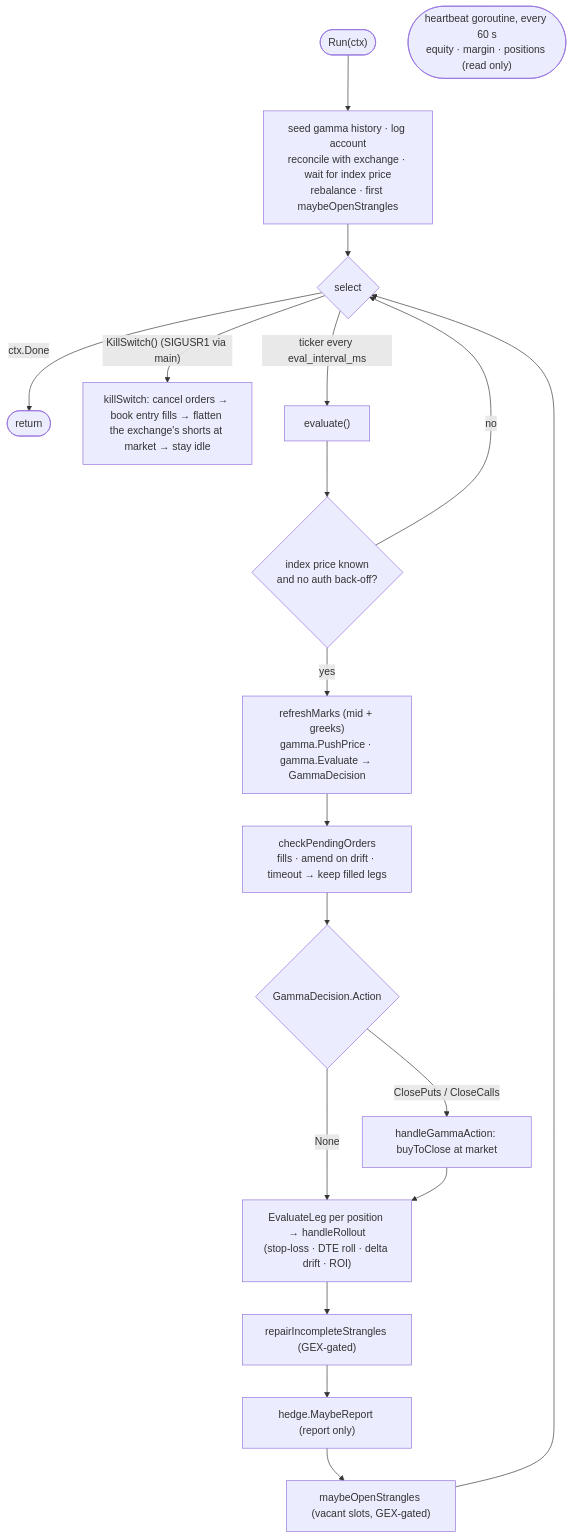
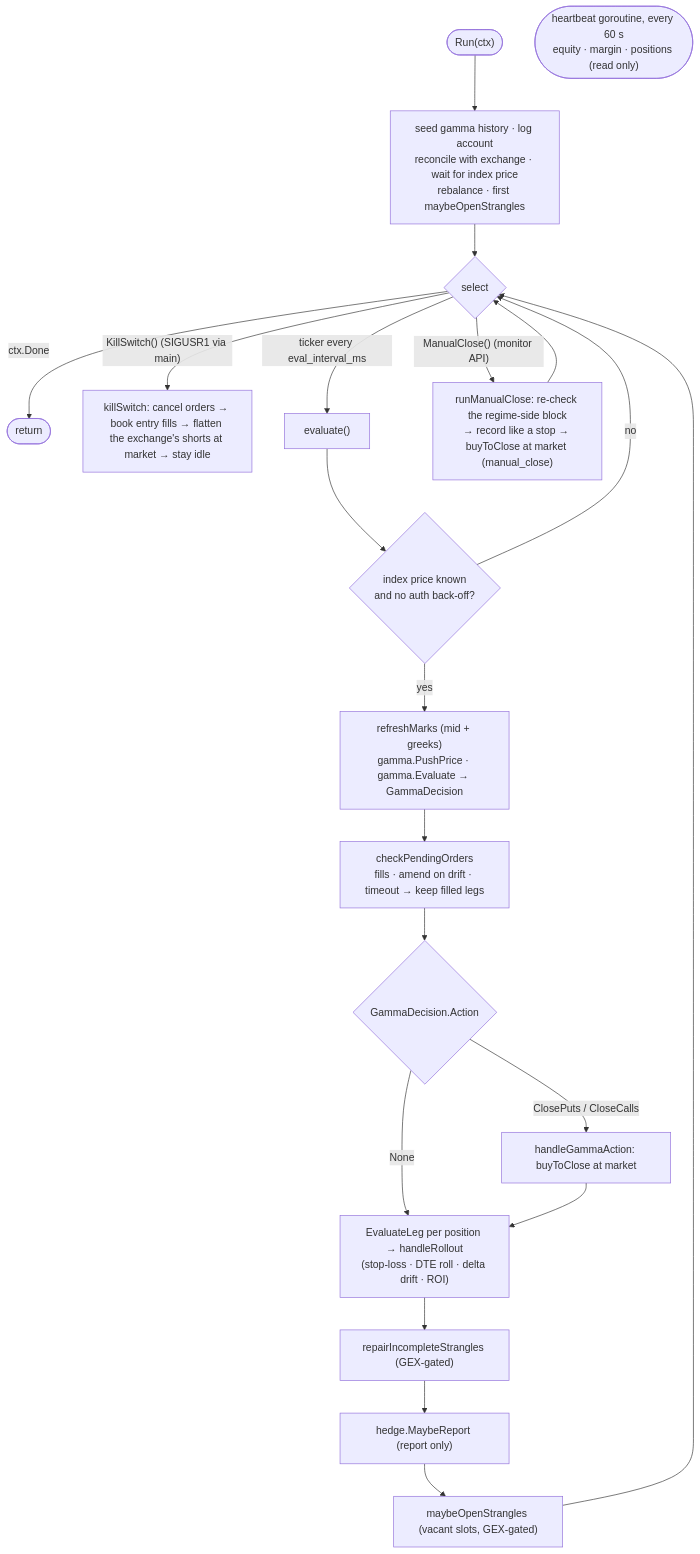
The diagram in docs/strategy_eventloop.mmd (rchau73/optionsBot), drawn with Mermaid before and after one commit. The commit also changed 24 other files, not shown here.

```diff
--- a/docs/strategy_eventloop.mmd
+++ b/docs/strategy_eventloop.mmd
@@ -1,19 +1,21 @@
 flowchart TD
     A(["Run(ctx)"]) --> B["seed gamma history · log account<br/>reconcile with exchange · wait for index price<br/>rebalance · first maybeOpenStrangles"]
     B --> C{"select"}
     C -- "ctx.Done" --> Z(["return"])
     C -- "KillSwitch() (SIGUSR1 via main)" --> K["killSwitch: cancel orders → book entry fills → flatten the exchange's shorts at market → stay idle"]
     C -- "ticker every eval_interval_ms" --> E["evaluate()"]
+    C -- "ManualClose() (monitor API)" --> M["runManualClose: re-check the regime-side block<br/>→ record like a stop → buyToClose at market (manual_close)"]
+    M --> C
     E --> E1{"index price known<br/>and no auth back-off?"}
     E1 -- "no" --> C
     E1 -- "yes" --> E2["refreshMarks (mid + greeks)<br/>gamma.PushPrice · gamma.Evaluate → GammaDecision"]
     E2 --> E3["checkPendingOrders<br/>fills · amend on drift · timeout → keep filled legs"]
     E3 --> E4{"GammaDecision.Action"}
     E4 -- "ClosePuts / CloseCalls" --> E5["handleGammaAction: buyToClose at market"]
     E4 -- "None" --> E6
     E5 --> E6["EvaluateLeg per position → handleRollout<br/>(stop-loss · DTE roll · delta drift · ROI)"]
     E6 --> E7["repairIncompleteStrangles (GEX-gated)"]
     E7 --> E8["hedge.MaybeReport (report only)"]
     E8 --> E9["maybeOpenStrangles (vacant slots, GEX-gated)"]
     E9 --> C
     H(["heartbeat goroutine, every 60 s<br/>equity · margin · positions (read only)"])
```
